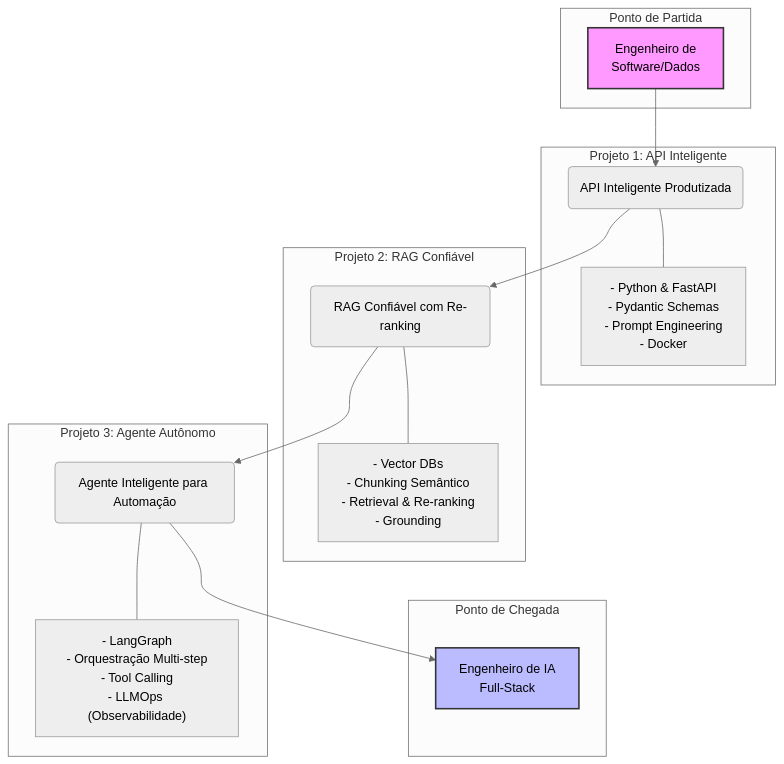
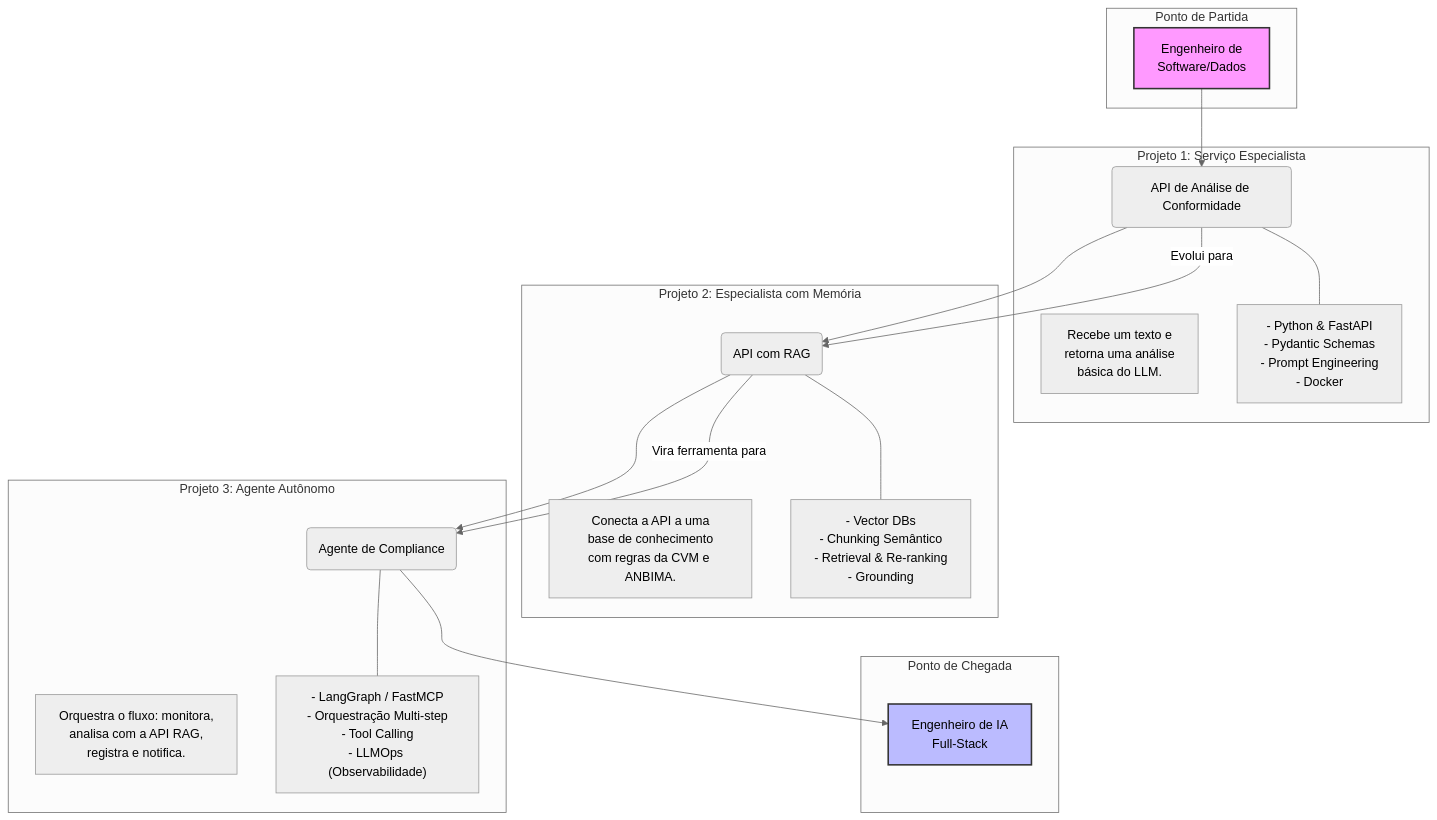
The diagram in README.md (carlos-augusto-ey/development-program-ai_engineer), drawn with Mermaid (neutral theme) before and after one commit. The commit also changed other lines of this file, not shown here.

Commit message:
refactor: update business scenario and project descriptions in README.md for clarity and relevance

````diff
--- a/README.md
+++ b/README.md
@@ -28,33 +40,39 @@
 ```mermaid
 graph TD
     subgraph "Ponto de Partida"
         A[Engenheiro de<br>Software/Dados]
     end
 
-    subgraph "Projeto 1: API Inteligente"
-        B(API Inteligente Produtizada)
+    subgraph "Projeto 1: Serviço Especialista"
+        B(API de Análise de Conformidade)
+        B_Desc["Recebe um texto e<br>retorna uma análise<br>básica do LLM."]
         B_Techs["- Python & FastAPI<br>- Pydantic Schemas<br>- Prompt Engineering<br>- Docker"]
     end
 
-    subgraph "Projeto 2: RAG Confiável"
-        C(RAG Confiável com Re-ranking)
+    subgraph "Projeto 2: Especialista com Memória"
+        C(API com RAG)
+        C_Desc["Conecta a API a uma<br>base de conhecimento<br>com regras da CVM e ANBIMA."]
         C_Techs["- Vector DBs<br>- Chunking Semântico<br>- Retrieval & Re-ranking<br>- Grounding"]
     end
 
     subgraph "Projeto 3: Agente Autônomo"
-        D(Agente Inteligente para Automação)
-        D_Techs["- LangGraph<br>- Orquestração Multi-step<br>- Tool Calling<br>- LLMOps (Observabilidade)"]
+        D(Agente de Compliance)
+        D_Desc["Orquestra o fluxo: monitora,<br>analisa com a API RAG,<br>registra e notifica."]
+        D_Techs["- LangGraph / FastMCP<br>- Orquestração Multi-step<br>- Tool Calling<br>- LLMOps (Observabilidade)"]
     end
 
     subgraph "Ponto de Chegada"
         E[Engenheiro de IA<br>Full-Stack]
     end
 
     A --> B --> C --> D --> E
+    B -- Evolui para --> C
+    C -- Vira ferramenta para --> D
+    
     B --- B_Techs
     C --- C_Techs
     D --- D_Techs
 
     style A fill:#f9f,stroke:#333,stroke-width:2px
     style E fill:#bbf,stroke:#333,stroke-width:2px
 ```
````
